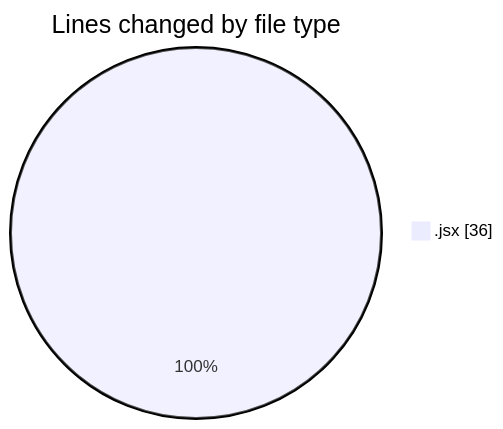
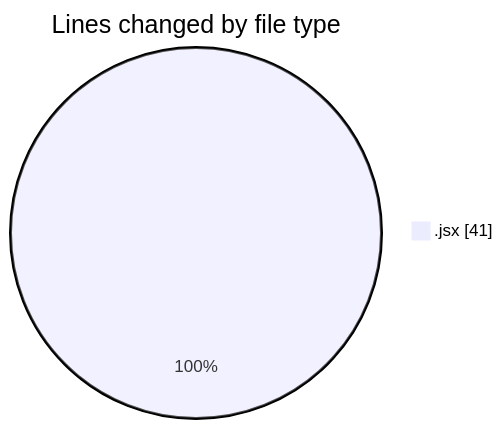
The first of 2 diagrams in 2026-02-12/cda/README.md (momahboobian/code-tracking), drawn with Mermaid before and after one commit. The commit also changed other lines of this file and 1 other file, not shown here.

````diff
--- a/2026-02-12/cda/README.md
+++ b/2026-02-12/cda/README.md
@@ -20,5 +20,5 @@
 ```mermaid
 pie showData
 title Lines changed by file type
-".jsx" : 36
+".jsx" : 41
 ```
````
